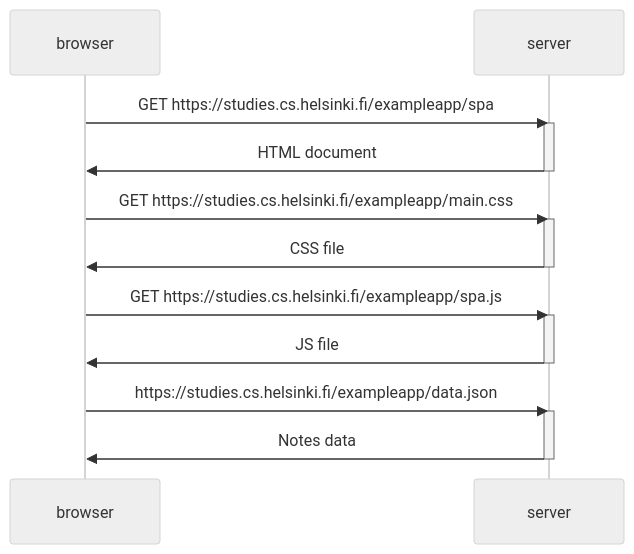
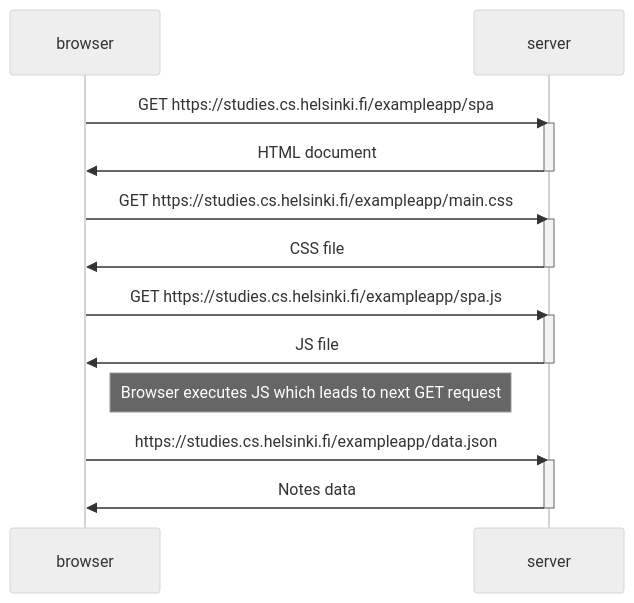
The diagram in part0/exercise0_5.md (arvidforsberg/Fullstackopen), drawn with Mermaid (neutral theme) before and after one commit.

Commit message:
add note to exercise 0.5 diagram

```````diff
--- a/part0/exercise0_5.md
+++ b/part0/exercise0_5.md
@@ -1,26 +1,28 @@
 ````mermaid
 sequenceDiagram
     participant browser
     participant server
 
     browser->>server: GET https://studies.cs.helsinki.fi/exampleapp/spa
     activate server
     server->>browser: HTML document 
     deactivate server
 
     browser->>server: GET https://studies.cs.helsinki.fi/exampleapp/main.css
     activate server
     server->>browser: CSS file
     deactivate server
 
     browser->>server: GET https://studies.cs.helsinki.fi/exampleapp/spa.js
     activate server
     server->>browser: JS file
     deactivate server
+    
+    Note right of browser: Browser executes JS which leads to next GET request
 
     browser->>server: https://studies.cs.helsinki.fi/exampleapp/data.json
     activate server
     server->>browser: Notes data
     deactivate server
 
 ``````
```````
